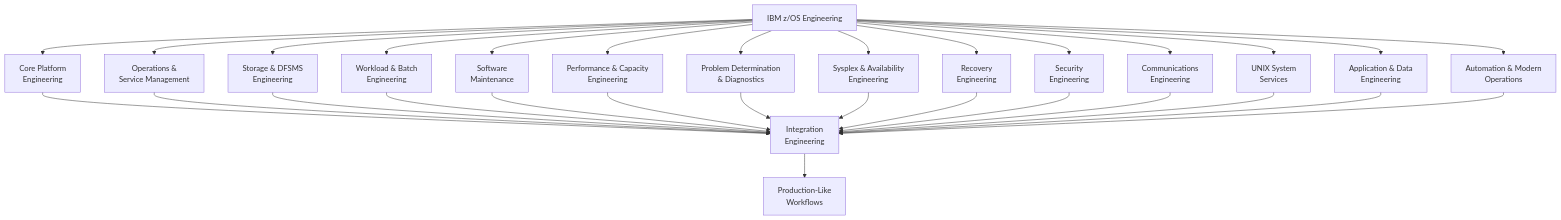
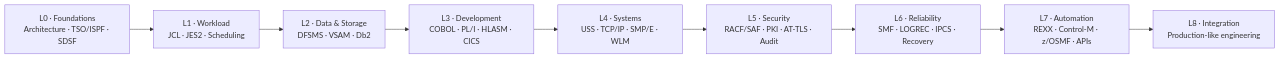
Before and after one commit to P-dot/P-dot: the second of 5 diagrams in README.md, drawn with Mermaid. The commit also changed other lines of this file and 1 other file, not shown here.

Commit message:
Transform profile into zOS Engineering University

````diff
--- a/README.md
+++ b/README.md
@@ -137,53 +116,14 @@
-~~~mermaid
-flowchart TB
-    ZOS["IBM z/OS Engineering"]
+```mermaid
+flowchart LR
+    L0["L0 · Foundations<br/>Architecture · TSO/ISPF · SDSF"]
+    L1["L1 · Workload<br/>JCL · JES2 · Scheduling"]
+    L2["L2 · Data & Storage<br/>DFSMS · VSAM · Db2"]
+    L3["L3 · Development<br/>COBOL · PL/I · HLASM · CICS"]
+    L4["L4 · Systems<br/>USS · TCP/IP · SMP/E · WLM"]
+    L5["L5 · Security<br/>RACF/SAF · PKI · AT-TLS · Audit"]
+    L6["L6 · Reliability<br/>SMF · LOGREC · IPCS · Recovery"]
+    L7["L7 · Automation<br/>REXX · Control-M · z/OSMF · APIs"]
+    L8["L8 · Integration<br/>Production-like engineering"]
 
-    CORE2["Core Platform<br/>Engineering"]
-    OPS["Operations &<br/>Service Management"]
-    STOR2["Storage & DFSMS<br/>Engineering"]
-    BATCH2["Workload & Batch<br/>Engineering"]
-    MAINT["Software<br/>Maintenance"]
-    PERF["Performance & Capacity<br/>Engineering"]
-    DIAG["Problem Determination<br/>& Diagnostics"]
-    SYSPLEX["Sysplex & Availability<br/>Engineering"]
-    RECOV2["Recovery<br/>Engineering"]
-    SEC2["Security<br/>Engineering"]
-    NET2["Communications<br/>Engineering"]
-    USS2["UNIX System<br/>Services"]
-    APP2["Application & Data<br/>Engineering"]
-    AUTO2["Automation & Modern<br/>Operations"]
-    INT2["Integration<br/>Engineering"]
-    PROD["Production-Like<br/>Workflows"]
-
-    ZOS --> CORE2
-    ZOS --> OPS
-    ZOS --> STOR2
-    ZOS --> BATCH2
-    ZOS --> MAINT
-    ZOS --> PERF
-    ZOS --> DIAG
-    ZOS --> SYSPLEX
-    ZOS --> RECOV2
-    ZOS --> SEC2
-    ZOS --> NET2
-    ZOS --> USS2
-    ZOS --> APP2
-    ZOS --> AUTO2
-
-    CORE2 --> INT2
-    OPS --> INT2
-    STOR2 --> INT2
-    BATCH2 --> INT2
-    MAINT --> INT2
-    PERF --> INT2
-    DIAG --> INT2
-    SYSPLEX --> INT2
-    RECOV2 --> INT2
-    SEC2 --> INT2
-    NET2 --> INT2
-    USS2 --> INT2
-    APP2 --> INT2
-    AUTO2 --> INT2
-
-    INT2 --> PROD
-~~~
+    L0 --> L1 --> L2 --> L3 --> L4 --> L5 --> L6 --> L7 --> L8
+```
````
